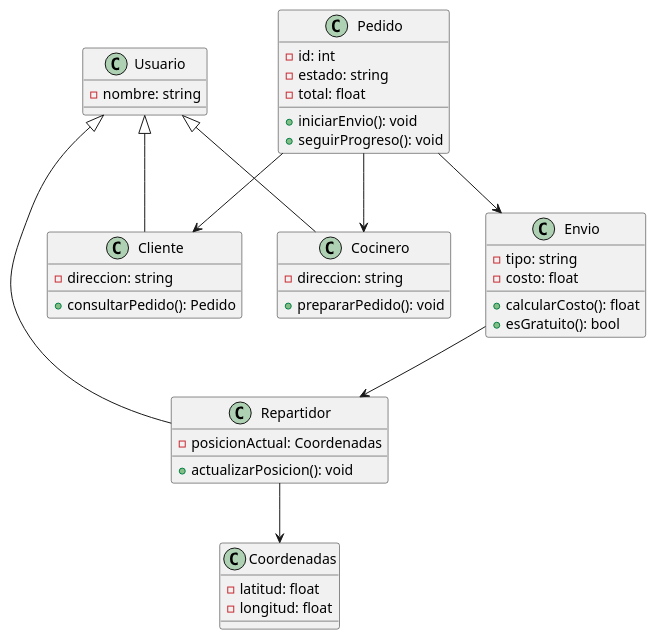
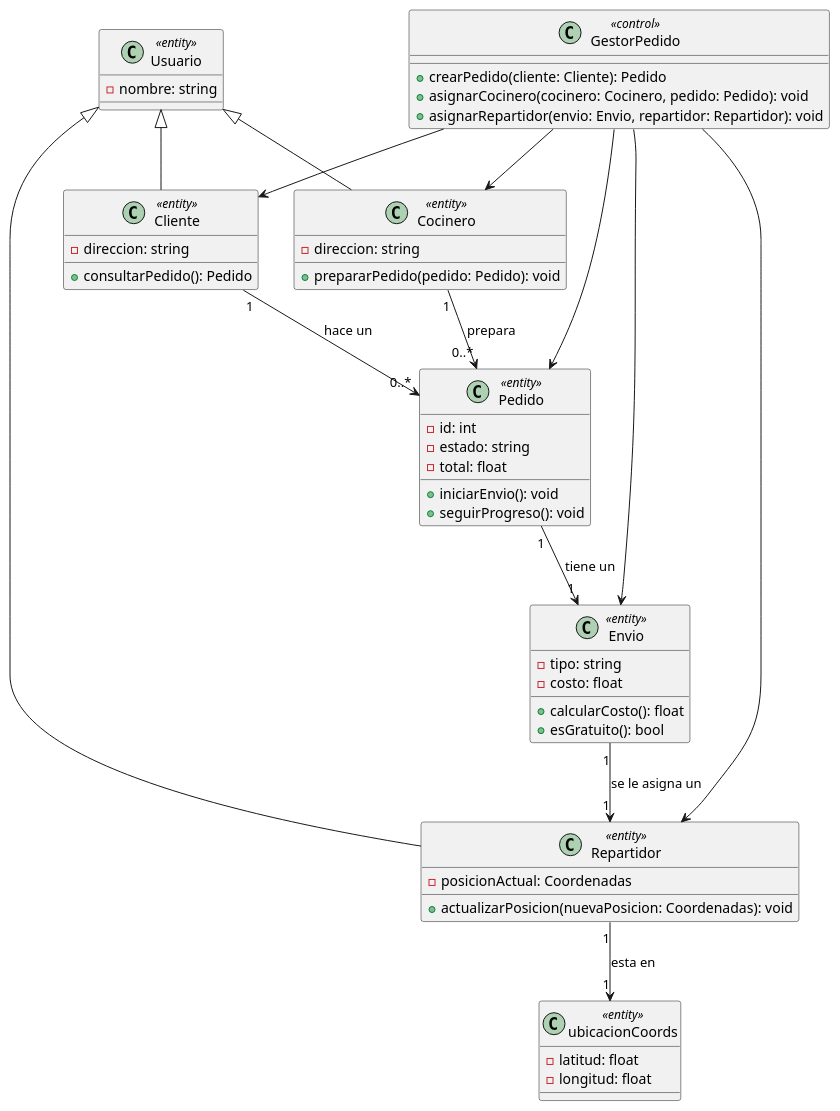
One commit to dabien3/ES25UAB-511-05 changed the diagram in documents/Diagrama Clases/CodeUML/bloq3.pUML. Above: the diagram before and after it, drawn with PlantUML.

```diff
--- a/documents/Diagrama Clases/CodeUML/bloq3.pUML
+++ b/documents/Diagrama Clases/CodeUML/bloq3.pUML
@@ -1,52 +1,66 @@
 @startuml
 
-class Usuario {
+class Usuario <<entity>> {
     -nombre: string
 }
 
-class Cliente {
+class Cliente <<entity>> {
     -direccion: string
     +consultarPedido(): Pedido
 }
 
-class Cocinero {
+class Cocinero <<entity>> {
     -direccion: string
-    +prepararPedido(): void
+    +prepararPedido(pedido: Pedido): void
 }
 
-class Repartidor {
+class Repartidor <<entity>> {
     -posicionActual: Coordenadas
-    +actualizarPosicion(): void
+    +actualizarPosicion(nuevaPosicion: Coordenadas): void
 }
 
 Usuario <|-- Cliente
 Usuario <|-- Cocinero
 Usuario <|-- Repartidor
 
-class Pedido {
+class Pedido <<entity>> {
     -id: int
     -estado: string
     -total: float
     +iniciarEnvio(): void
     +seguirProgreso(): void
 }
 
-class Envio {
+class Envio <<entity>> {
     -tipo: string
     -costo: float
     +calcularCosto(): float
     +esGratuito(): bool
 }
 
-class Coordenadas {
+class ubicacionCoords <<entity>> {
     -latitud: float
     -longitud: float
 }
 
-Pedido --> Envio
-Pedido --> Cliente
-Pedido --> Cocinero
-Envio --> Repartidor
-Repartidor --> Coordenadas
+
+class GestorPedido <<control>> {
+    +crearPedido(cliente: Cliente): Pedido
+    +asignarCocinero(cocinero: Cocinero, pedido: Pedido): void
+    +asignarRepartidor(envio: Envio, repartidor: Repartidor): void
+}
+
+
+Cliente "1" --> "0..*" Pedido : hace un
+Cocinero "1" --> "0..*" Pedido : prepara
+Pedido "1" --> "1" Envio : tiene un
+Envio "1" --> "1" Repartidor : se le asigna un
+Repartidor "1" --> "1" ubicacionCoords : esta en
+
+GestorPedido --> Pedido
+GestorPedido --> Cliente
+GestorPedido --> Cocinero
+GestorPedido --> Envio
+GestorPedido --> Repartidor
 
 @enduml
```
